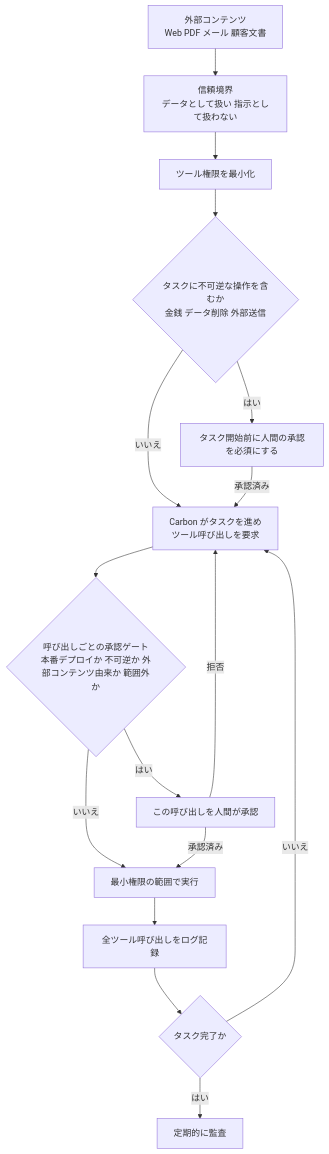
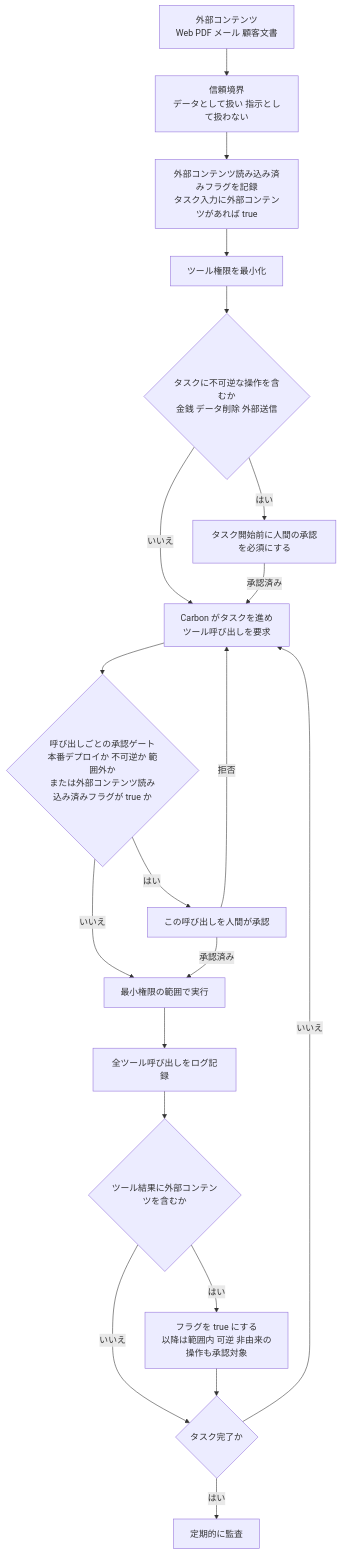
One commit to myoshi2891/Comparison-of-LLMs changed the eighth of 9 diagrams in Gemini-4-carbon-guide.md. Above: the diagram before and after it, drawn with Mermaid. The commit also changed other lines of this file and 3 other files, not shown here.

````diff
--- a/Gemini-4-carbon-guide.md
+++ b/Gemini-4-carbon-guide.md
@@ -585,18 +599,22 @@
 ```mermaid
 flowchart TD
     IN["外部コンテンツ<br/>Web PDF メール 顧客文書"] --> TR["信頼境界<br/>データとして扱い 指示として扱わない"]
-    TR --> LP["ツール権限を最小化"]
+    TR --> FLAG["外部コンテンツ読み込み済みフラグを記録<br/>タスク入力に外部コンテンツがあれば true"]
+    FLAG --> LP["ツール権限を最小化"]
     LP --> RISK{"タスクに不可逆な操作を含むか<br/>金銭 データ削除 外部送信"}
     RISK -- "はい" --> HU["タスク開始前に人間の承認を必須にする"]
     RISK -- "いいえ" --> RUN["Carbon がタスクを進め<br/>ツール呼び出しを要求"]
     HU -- "承認済み" --> RUN
-    RUN --> GATE{"呼び出しごとの承認ゲート<br/>本番デプロイか 不可逆か 外部コンテンツ由来か 範囲外か"}
+    RUN --> GATE{"呼び出しごとの承認ゲート<br/>本番デプロイか 不可逆か 範囲外か<br/>または外部コンテンツ読み込み済みフラグが true か"}
     GATE -- "はい" --> HU2["この呼び出しを人間が承認"]
     GATE -- "いいえ" --> EXEC["最小権限の範囲で実行"]
     HU2 -- "承認済み" --> EXEC
     HU2 -- "拒否" --> RUN
     EXEC --> LOG["全ツール呼び出しをログ記録"]
-    LOG --> NEXT{"タスク完了か"}
+    LOG --> READ{"ツール結果に外部コンテンツを含むか"}
+    READ -- "はい" --> SET["フラグを true にする<br/>以降は範囲内 可逆 非由来の操作も承認対象"]
+    READ -- "いいえ" --> NEXT
+    SET --> NEXT{"タスク完了か"}
     NEXT -- "いいえ" --> RUN
     NEXT -- "はい" --> AUD["定期的に監査"]
 ```
````
